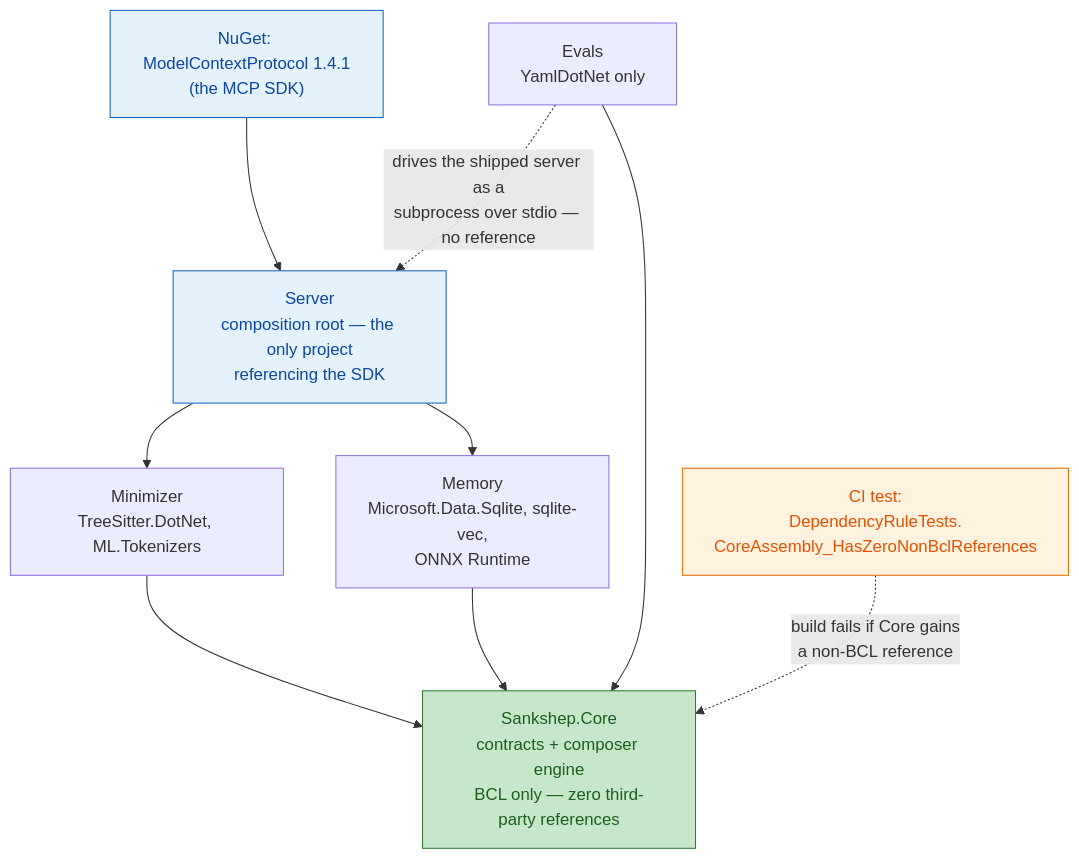
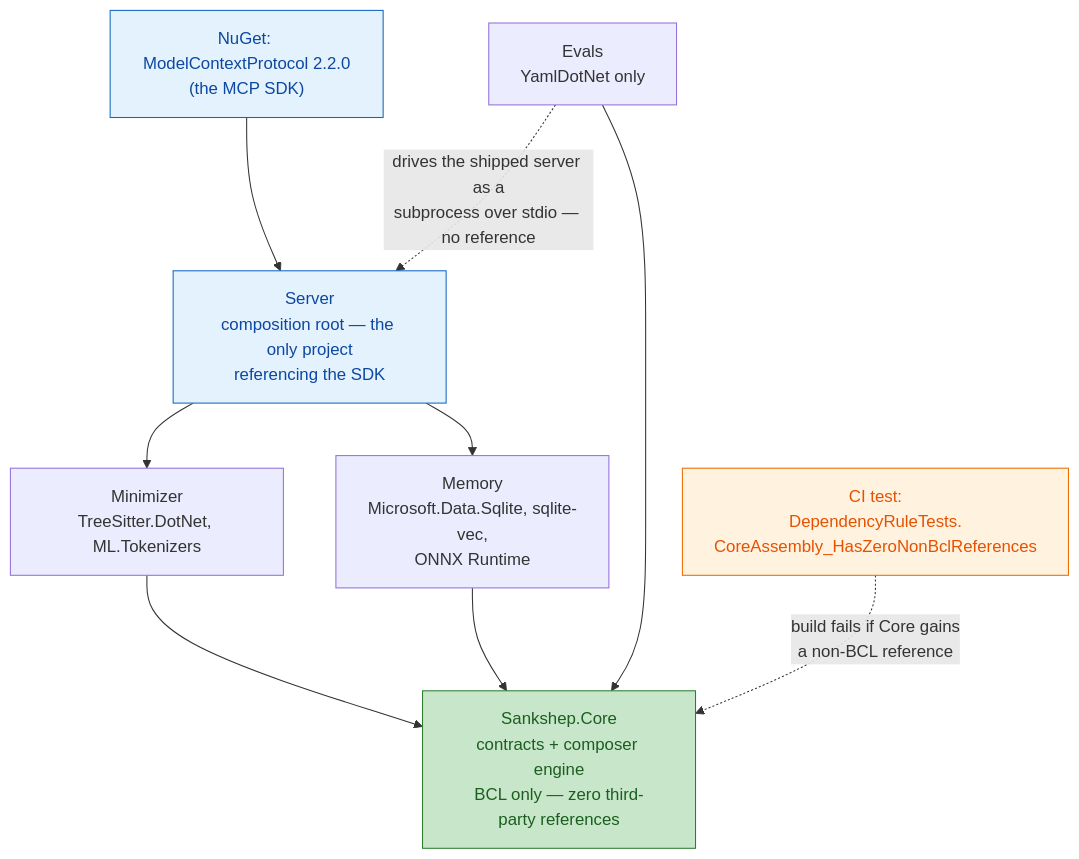
Before and after one commit to nitinpawar28/AI-learn: the second of 2 diagrams in docs/part3-mcp/writing-a-server.md, drawn with Mermaid. The commit also changed other lines of this file and 11 other files, not shown here.

````diff
--- a/docs/part3-mcp/writing-a-server.md
+++ b/docs/part3-mcp/writing-a-server.md
@@ -129,19 +129,19 @@
 ```mermaid
 flowchart TB
-    SDK["NuGet: ModelContextProtocol 1.4.1<br/>(the MCP SDK)"] --> SRV
+    SDK["NuGet: ModelContextProtocol 2.2.0<br/>(the MCP SDK)"] --> SRV
     SRV["Server<br/>composition root — the only project<br/>referencing the SDK"]
     SRV --> MIN["Minimizer<br/>TreeSitter.DotNet, ML.Tokenizers"]
     SRV --> MEM["Memory<br/>Microsoft.Data.Sqlite, sqlite-vec,<br/>ONNX Runtime"]
     MIN --> CORE["Sankshep.Core<br/>contracts + composer engine<br/>BCL only — zero third-party references"]
     MEM --> CORE
     EVALS["Evals<br/>YamlDotNet only"] --> CORE
     EVALS -. "drives the shipped server as a<br/>subprocess over stdio — no reference" .-> SRV
     GATE["CI test:<br/>DependencyRuleTests.<br/>CoreAssembly_HasZeroNonBclReferences"] -. "build fails if Core gains<br/>a non-BCL reference" .-> CORE
 
     classDef fenced fill:#c8e6c9,stroke:#2e7d32,color:#1b5e20;
     classDef edge fill:#e3f2fd,stroke:#1565c0,color:#0d47a1;
     classDef gate fill:#fff3e0,stroke:#ef6c00,color:#e65100;
     class CORE fenced;
     class SRV,SDK edge;
     class GATE gate;
 ```
````
